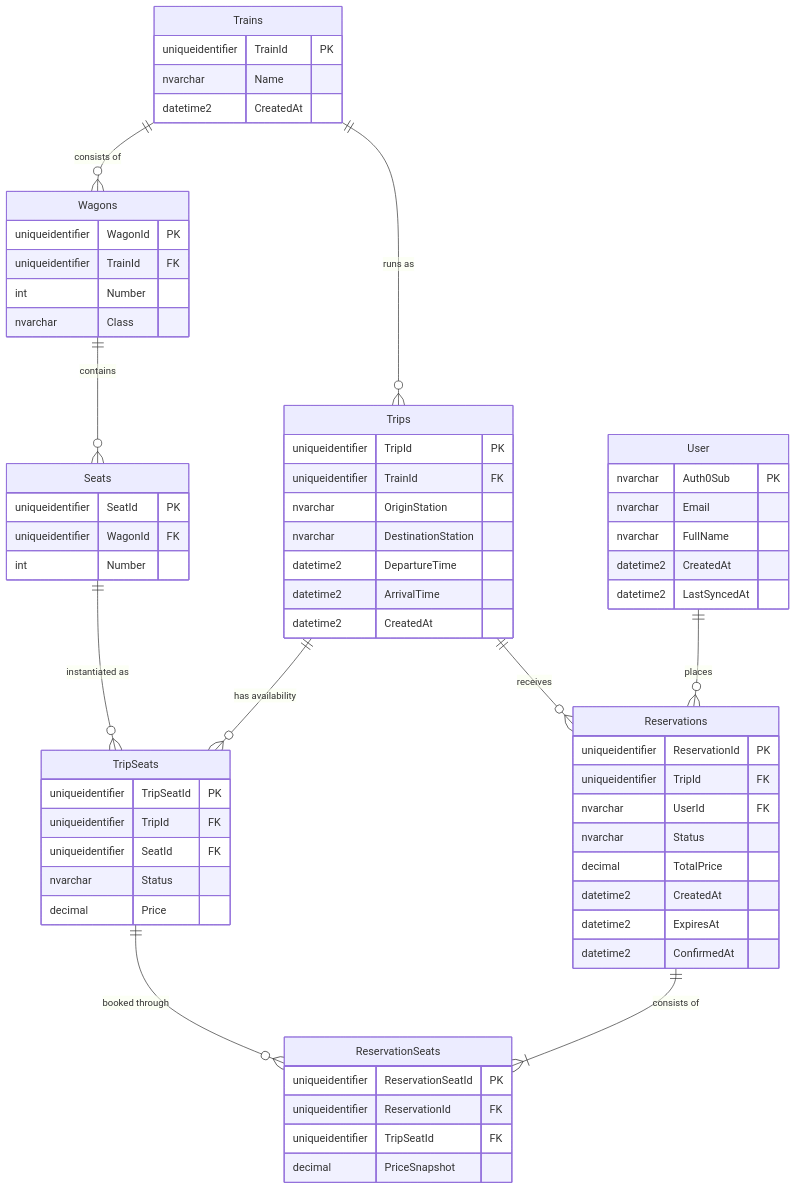
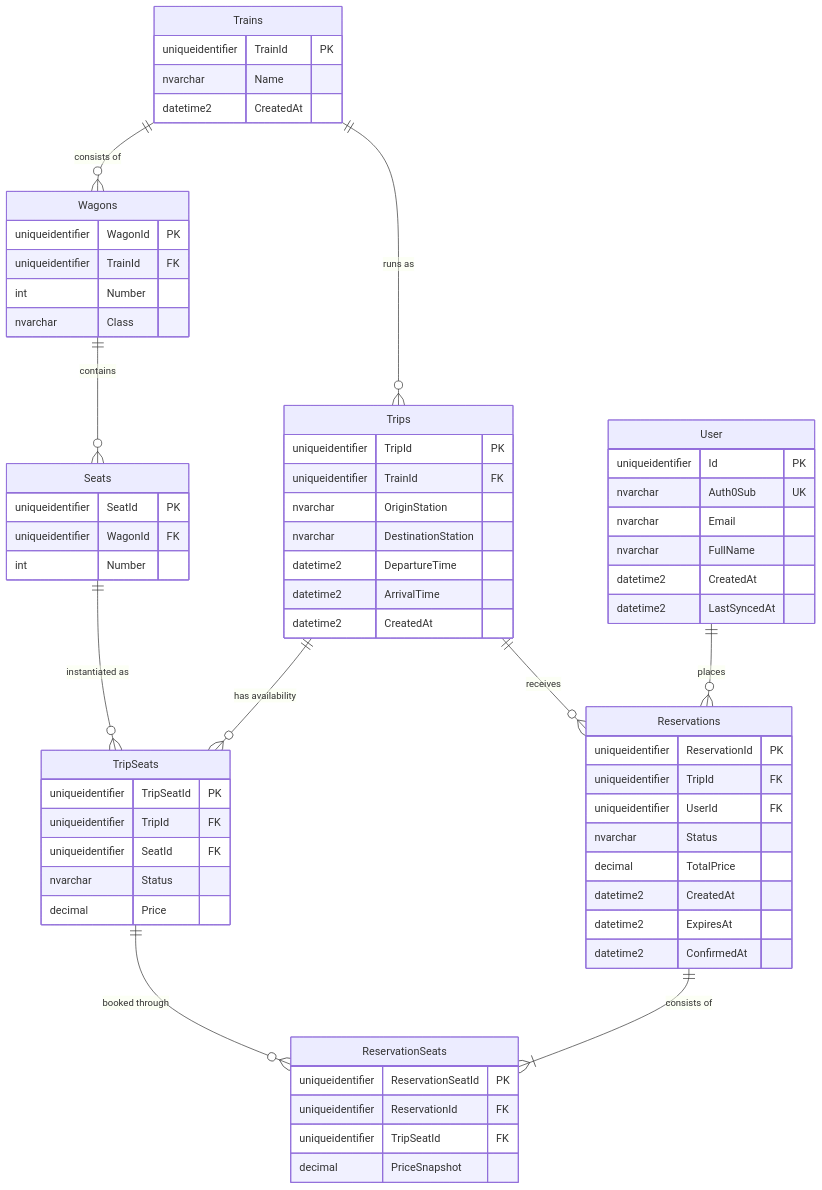
The diagram in docs/database-schema.md (saijaku0/clean-architecture), drawn with Mermaid before and after one commit. The commit also changed other lines of this file, not shown here.

````diff
--- a/docs/database-schema.md
+++ b/docs/database-schema.md
@@ -14,75 +14,76 @@
 ```mermaid
 erDiagram
   Trains ||--o{ Wagons : "consists of"
   Trains ||--o{ Trips : "runs as"
   Wagons ||--o{ Seats : "contains"
   Trips ||--o{ TripSeats : "has availability"
   Seats ||--o{ TripSeats : "instantiated as"
   Trips ||--o{ Reservations : "receives"
   User ||--o{ Reservations : "places"
   Reservations ||--|{ ReservationSeats : "consists of"
   TripSeats ||--o{ ReservationSeats : "booked through"
 
   User {
-    nvarchar Auth0Sub PK
+    uniqueidentifier Id PK
+    nvarchar Auth0Sub UK
     nvarchar Email
     nvarchar FullName
     datetime2 CreatedAt
     datetime2 LastSyncedAt
   }
 
   Trains {
     uniqueidentifier TrainId PK
     nvarchar Name
     datetime2 CreatedAt
   }
 
   Wagons {
     uniqueidentifier WagonId PK
     uniqueidentifier TrainId FK
     int Number
     nvarchar Class
   }
 
   Seats {
     uniqueidentifier SeatId PK
     uniqueidentifier WagonId FK
     int Number
   }
 
   Trips {
     uniqueidentifier TripId PK
     uniqueidentifier TrainId FK
     nvarchar OriginStation
     nvarchar DestinationStation
     datetime2 DepartureTime
     datetime2 ArrivalTime
     datetime2 CreatedAt
   }
 
   TripSeats {
     uniqueidentifier TripSeatId PK
     uniqueidentifier TripId FK
     uniqueidentifier SeatId FK
     nvarchar Status
     decimal Price
   }
 
   Reservations {
     uniqueidentifier ReservationId PK
     uniqueidentifier TripId FK
-    nvarchar UserId FK
+    uniqueidentifier UserId FK
     nvarchar Status
     decimal TotalPrice
     datetime2 CreatedAt
     datetime2 ExpiresAt
     datetime2 ConfirmedAt
   }
 
   ReservationSeats {
     uniqueidentifier ReservationSeatId PK
     uniqueidentifier ReservationId FK
     uniqueidentifier TripSeatId FK
     decimal PriceSnapshot
   }
 ```
````
